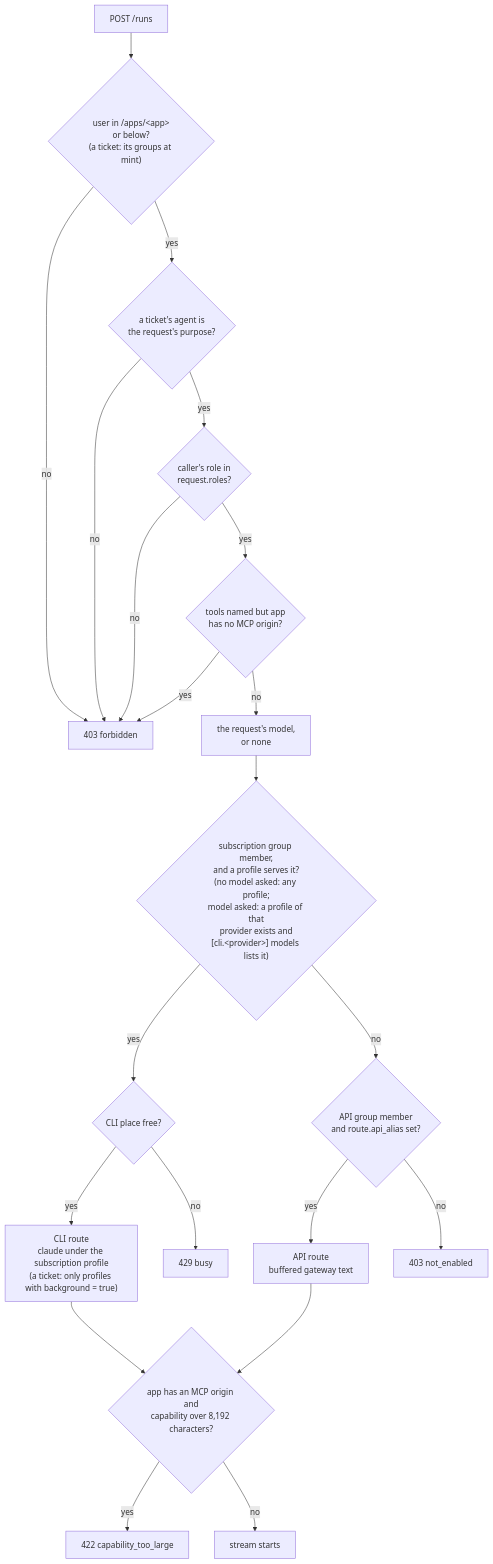
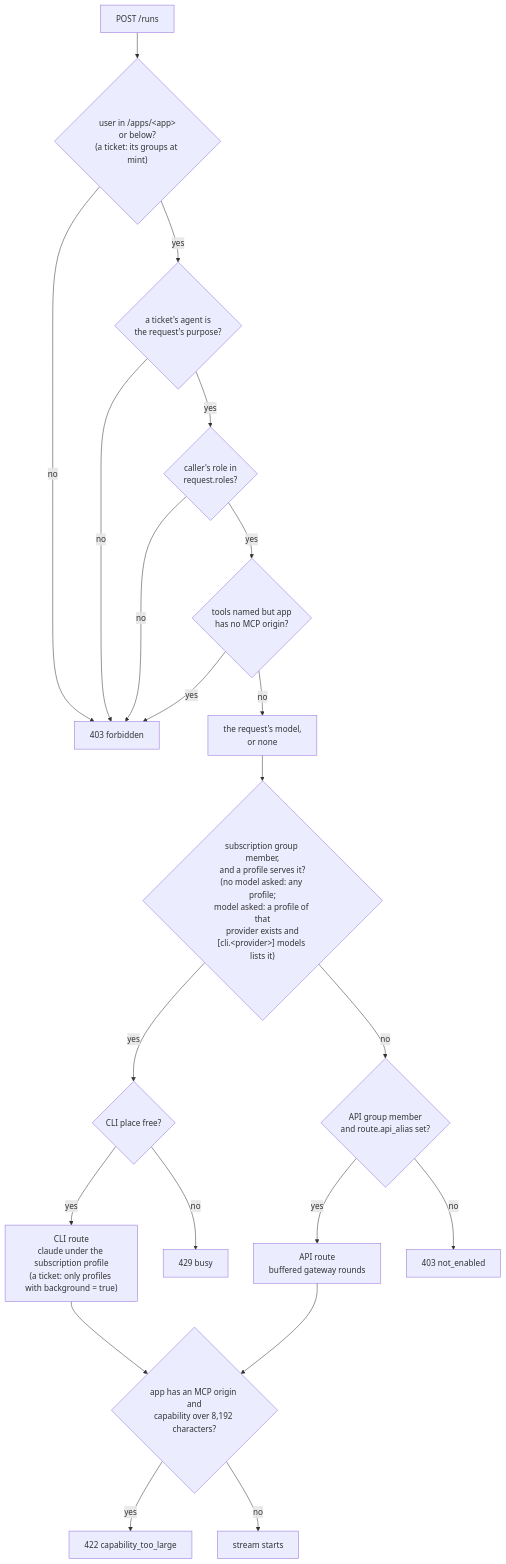
The second of 2 diagrams in docs/ARCHITECTURE.md (overnightworks/agent-runtime), drawn with Mermaid before and after one commit. The commit also changed other lines of this file and 12 other files, not shown here.

First line of the commit message:
Run granted MCP tools through buffered API conversations

````diff
--- a/docs/ARCHITECTURE.md
+++ b/docs/ARCHITECTURE.md
@@ -63,23 +63,23 @@
 ```mermaid
 flowchart TB
     request["POST /runs"] --> gate{"user in /apps/&lt;app&gt;<br/>or below?<br/>(a ticket: its groups at mint)"}
     gate -->|no| forbidden["403 forbidden"]
     gate -->|yes| purpose{"a ticket's agent is<br/>the request's purpose?"}
     purpose -->|no| forbidden
     purpose -->|yes| role{"caller's role in<br/>request.roles?"}
     role -->|no| forbidden
     role -->|yes| tools{"tools named but app<br/>has no MCP origin?"}
     tools -->|yes| forbidden
     tools -->|no| model["the request's model,<br/>or none"]
     model --> subscription{"subscription group member,<br/>and a profile serves it?<br/>(no model asked: any profile;<br/>model asked: a profile of that<br/>provider exists and<br/>[cli.&lt;provider&gt;] models lists it)"}
     subscription -->|yes| slot{"CLI place free?"}
     slot -->|yes| cli["CLI route<br/>claude under the subscription profile<br/>(a ticket: only profiles with background = true)"]
     slot -->|no| busy["429 busy"]
     subscription -->|no| api{"API group member<br/>and route.api_alias set?"}
-    api -->|yes| paid["API route<br/>buffered gateway text"]
+    api -->|yes| paid["API route<br/>buffered gateway rounds"]
     api -->|no| notenabled["403 not_enabled"]
     cli --> size{"app has an MCP origin and<br/>capability over 8,192 characters?"}
     paid --> size
     size -->|yes| toolarge["422 capability_too_large"]
     size -->|no| run["stream starts"]
 ```
````
